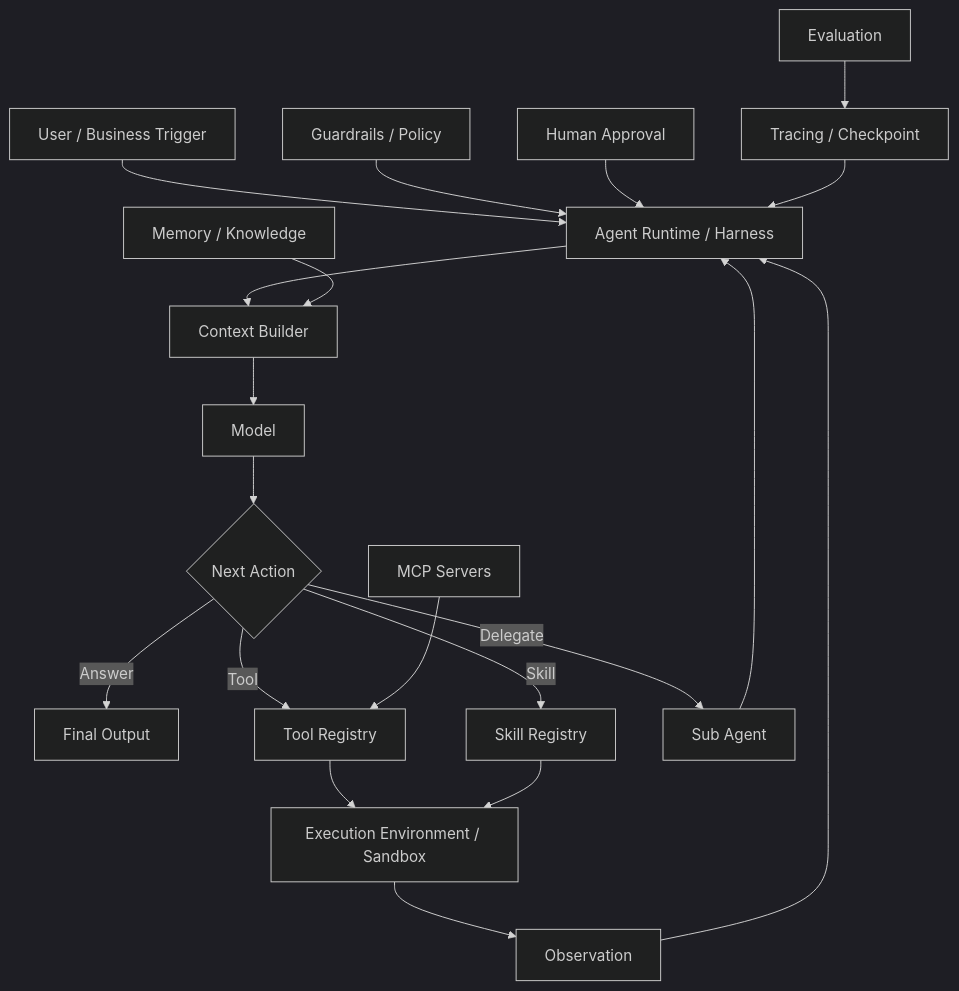
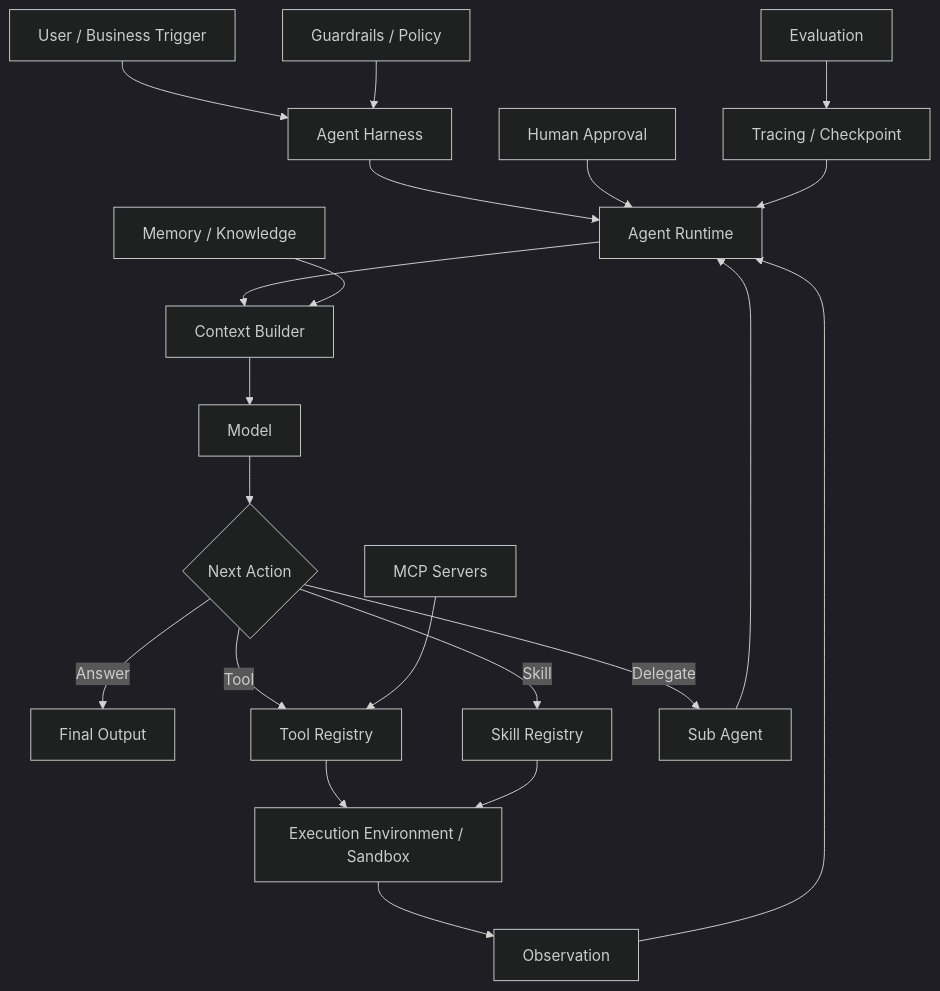
Before and after one commit to cxDlogver/cx-learn-notes: the first of 8 diagrams in Full-Stack-AI-NOTES/agent_development_knowledge_framework_2026_cited.md, drawn with Mermaid (dark theme). The commit also changed other lines of this file, not shown here.

Commit message:
docs(agent): align runtime and harness terminology

````diff
--- a/Full-Stack-AI-NOTES/agent_development_knowledge_framework_2026_cited.md
+++ b/Full-Stack-AI-NOTES/agent_development_knowledge_framework_2026_cited.md
@@ -102,27 +102,28 @@
 ```mermaid
 flowchart TB
-    U[User / Business Trigger] --> R[Agent Runtime / Harness]
+    U[User / Business Trigger] --> HN[Agent Harness]
+    HN --> R[Agent Runtime]
     R --> C[Context Builder]
     C --> M[Model]
     M --> D{Next Action}
 
     D -->|Answer| O[Final Output]
     D -->|Tool| T[Tool Registry]
     D -->|Skill| S[Skill Registry]
     D -->|Delegate| A[Sub Agent]
 
     T --> E[Execution Environment / Sandbox]
     S --> E
     A --> R
 
     E --> OBS[Observation]
     OBS --> R
 
     MEM[Memory / Knowledge] --> C
     MCP[MCP Servers] --> T
 
-    G[Guardrails / Policy] --> R
+    G[Guardrails / Policy] --> HN
     H[Human Approval] --> R
     TR[Tracing / Checkpoint] --> R
     EV[Evaluation] --> TR
 ```
````
